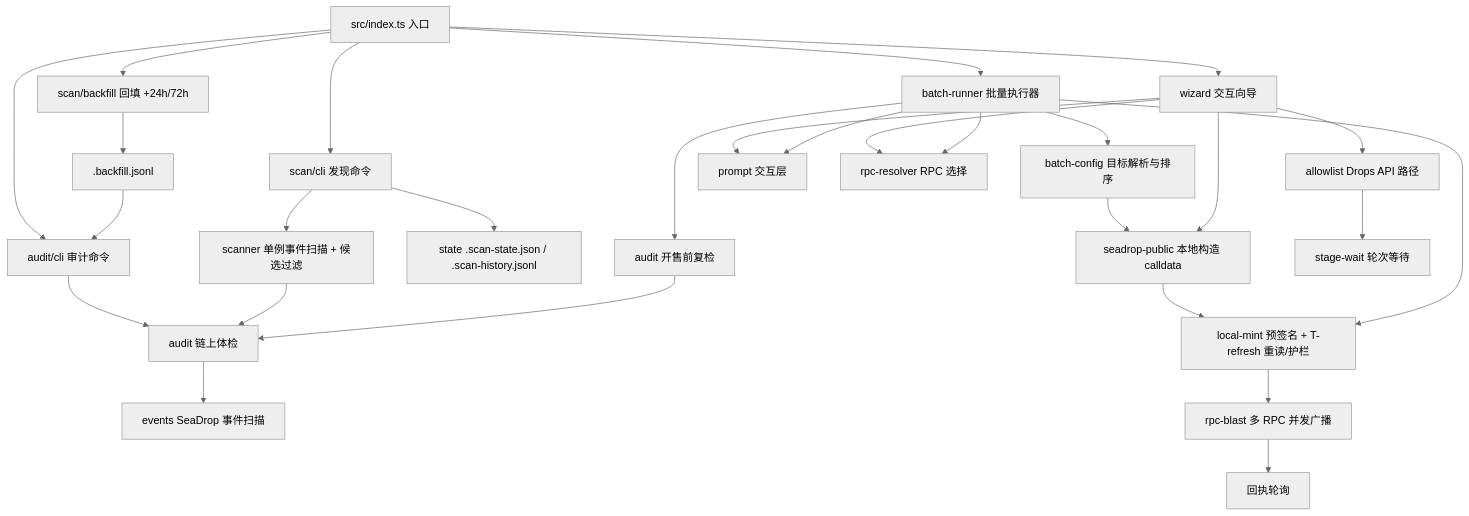
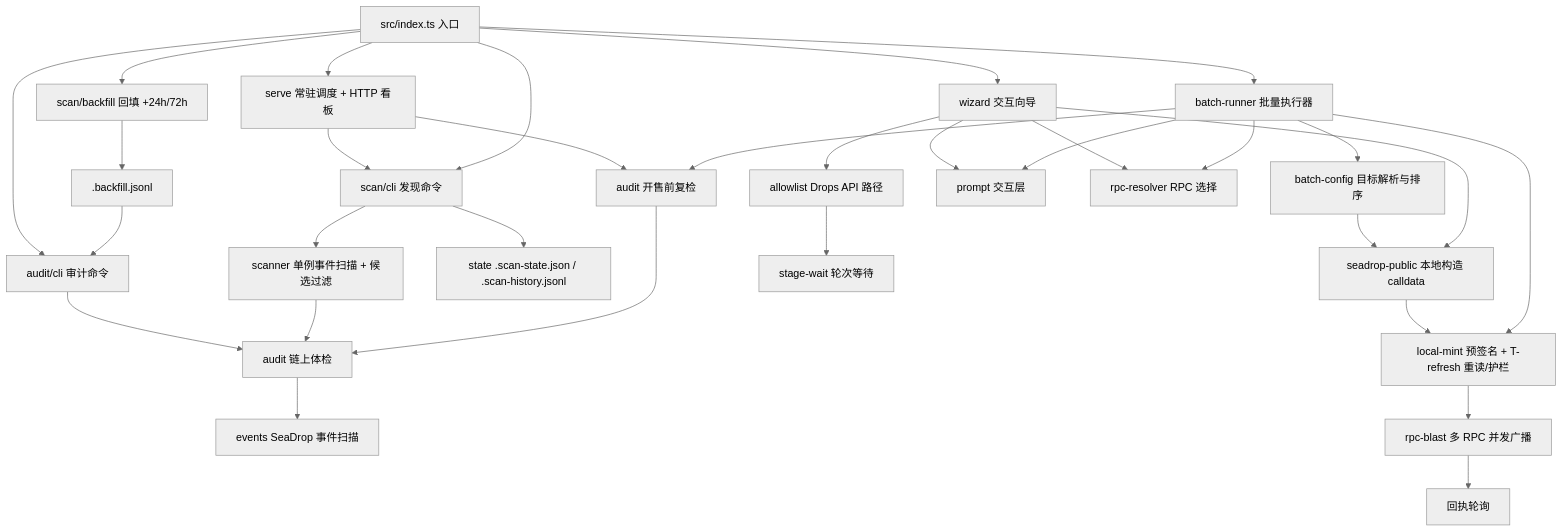
Before and after one commit to journeyanhk/opensea-nft-public-mint: the first of 2 diagrams in helloagents/wiki/arch.md, drawn with Mermaid (neutral theme). The commit also changed other lines of this file and 18 other files, not shown here.

````diff
--- a/helloagents/wiki/arch.md
+++ b/helloagents/wiki/arch.md
@@ -4,30 +4,33 @@
 ```mermaid
 flowchart TD
     A[src/index.ts 入口] --> B[wizard 交互向导]
     A --> N[batch-runner 批量执行器]
     A --> P[audit/cli 审计命令]
+    A --> Y[serve 常驻调度 + HTTP 看板]
+    Y --> T
+    Y --> Q
     A --> T[scan/cli 发现命令]
     T --> U[scanner 单例事件扫描 + 候选过滤]
     T --> V[state .scan-state.json / .scan-history.jsonl]
     N --> O[batch-config 目标解析与排序]
     N --> Q[audit 开售前复检]
     P --> R[audit 链上体检]
     U --> R
     R --> S[events SeaDrop 事件扫描]
     A --> W[scan/backfill 回填 +24h/72h]
     W --> X[.backfill.jsonl]
     X --> P
     Q --> R
     O --> C
     B --> C[seadrop-public 本地构造 calldata]
     B --> D[allowlist Drops API 路径]
     C --> E[local-mint 预签名 + T-refresh 重读/护栏]
     N --> E
     E --> F[rpc-blast 多 RPC 并发广播]
     F --> G[回执轮询]
     D --> H[stage-wait 轮次等待]
     B --> I[prompt 交互层]
     N --> I
     B --> J[rpc-resolver RPC 选择]
     N --> J
 ```
````
